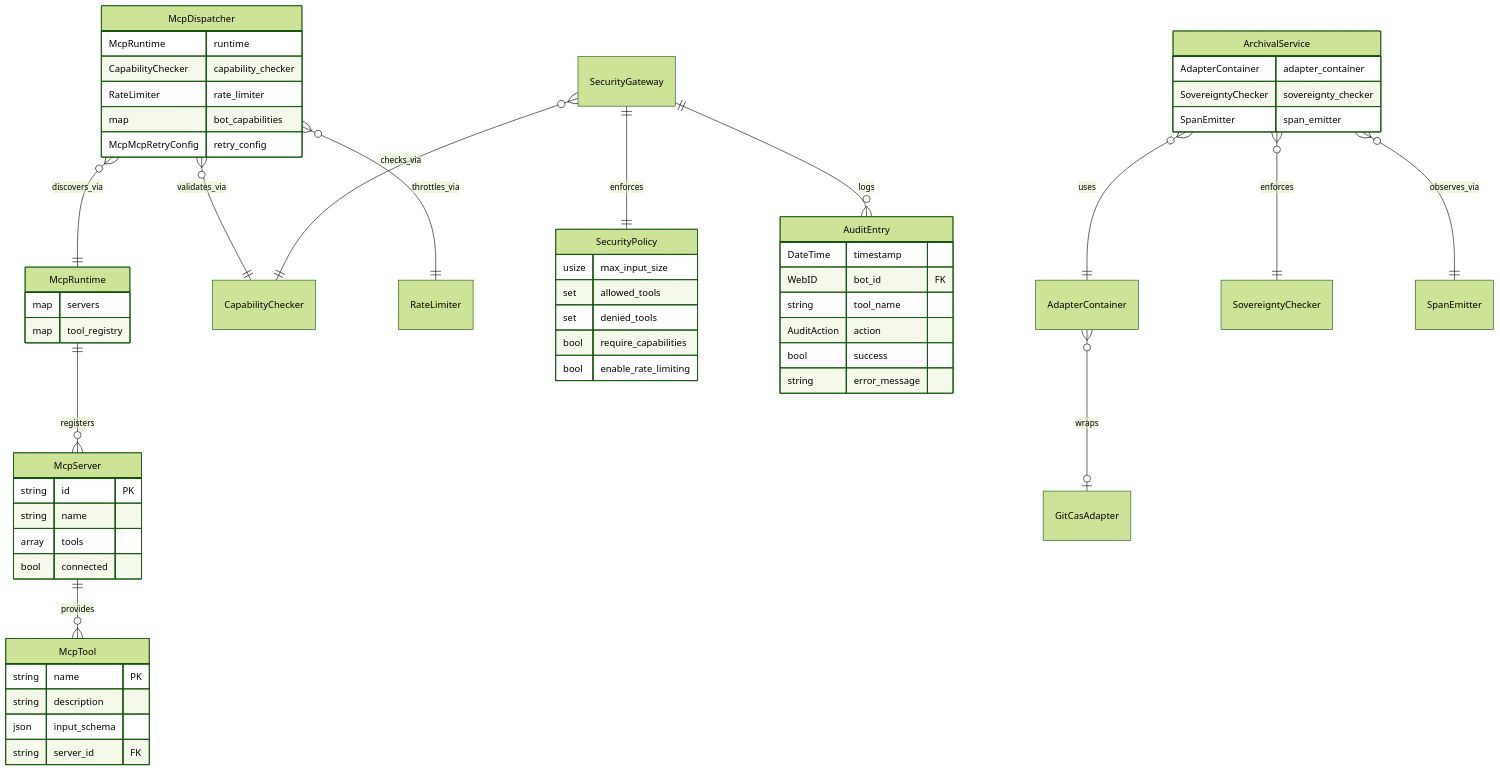
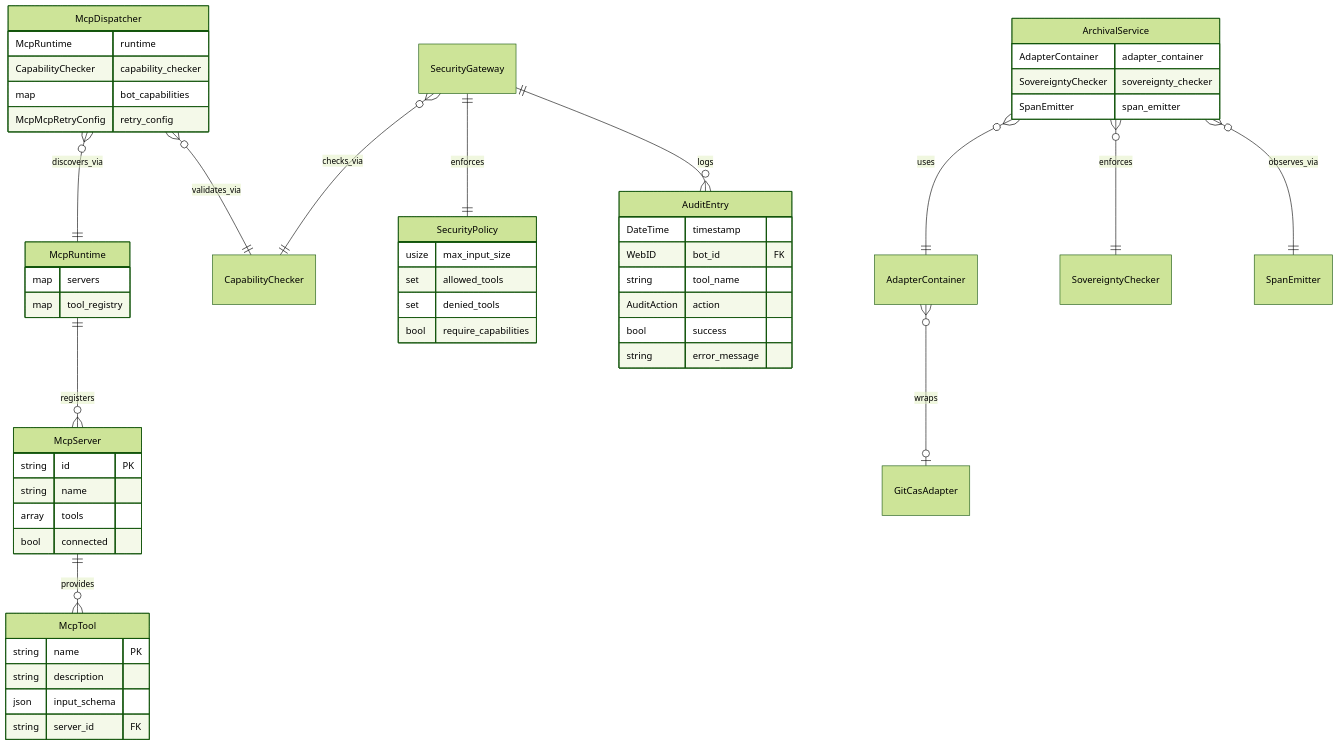
Before and after one commit to mdz-axo/hKask: the fifth of 14 diagrams in docs/architecture/reference/subsystem-erds.md, drawn with Mermaid (forest theme). The commit also changed other lines of this file and 27 other files, not shown here.

````diff
--- a/docs/architecture/reference/subsystem-erds.md
+++ b/docs/architecture/reference/subsystem-erds.md
@@ -477,69 +477,66 @@
 ```mermaid
 erDiagram
     McpRuntime ||--o{ McpServer : "registers"
     McpServer ||--o{ McpTool : "provides"
 
     McpDispatcher }o--|| McpRuntime : "discovers_via"
     McpDispatcher }o--|| CapabilityChecker : "validates_via"
-    McpDispatcher }o--|| RateLimiter : "throttles_via"
 
     SecurityGateway ||--|| SecurityPolicy : "enforces"
     SecurityGateway ||--o{ AuditEntry : "logs"
     SecurityGateway }o--|| CapabilityChecker : "checks_via"
 
     ArchivalService }o--|| AdapterContainer : "uses"
     ArchivalService }o--|| SovereigntyChecker : "enforces"
     ArchivalService }o--|| SpanEmitter : "observes_via"
 
     AdapterContainer }o--o| GitCasAdapter : "wraps"
 
     McpRuntime {
         map servers
         map tool_registry
     }
 
     McpServer {
         string id PK
         string name
         array tools
         bool connected
     }
 
     McpTool {
         string name PK
         string description
         json input_schema
         string server_id FK
     }
 
     McpDispatcher {
         McpRuntime runtime
         CapabilityChecker capability_checker
-        RateLimiter rate_limiter
         map bot_capabilities
         McpMcpRetryConfig retry_config
     }
 
     SecurityPolicy {
         usize max_input_size
         set allowed_tools
         set denied_tools
         bool require_capabilities
-        bool enable_rate_limiting
     }
 
     AuditEntry {
         DateTime timestamp
         WebID bot_id FK
         string tool_name
         AuditAction action
         bool success
         string error_message
     }
 
     ArchivalService {
         AdapterContainer adapter_container
         SovereigntyChecker sovereignty_checker
         SpanEmitter span_emitter
     }
 ```
````
